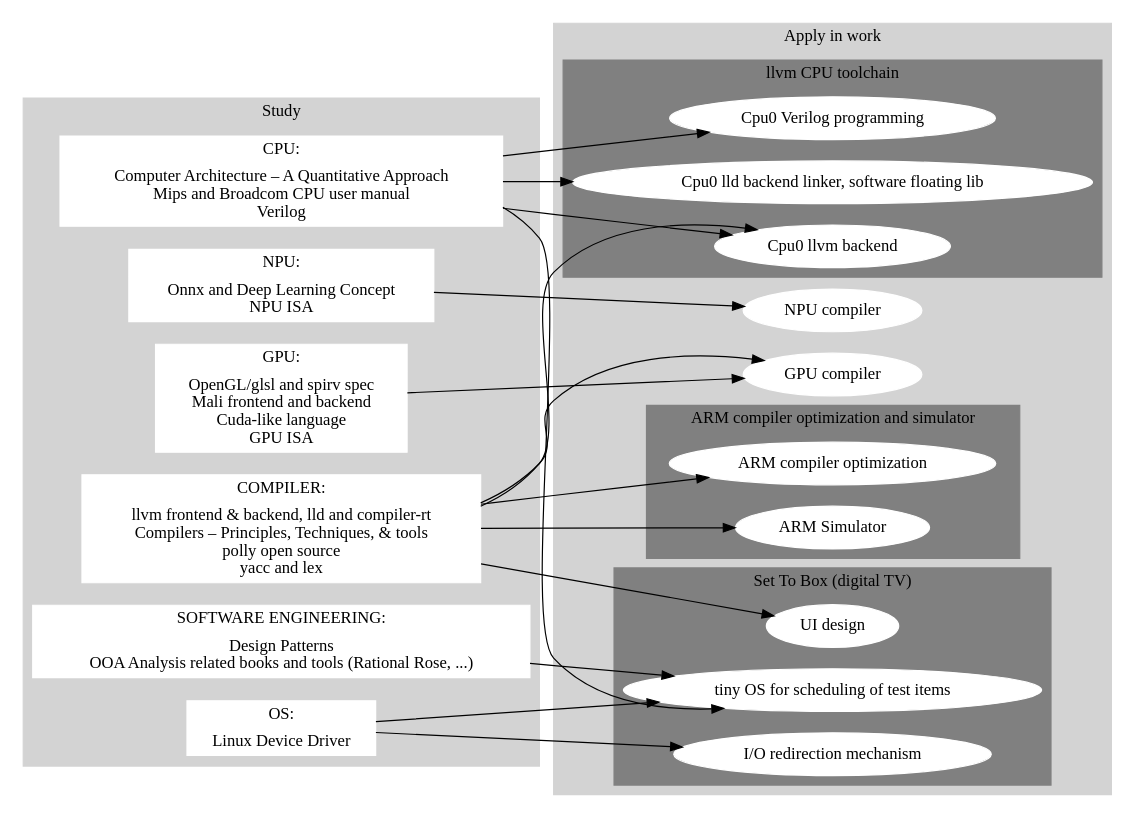
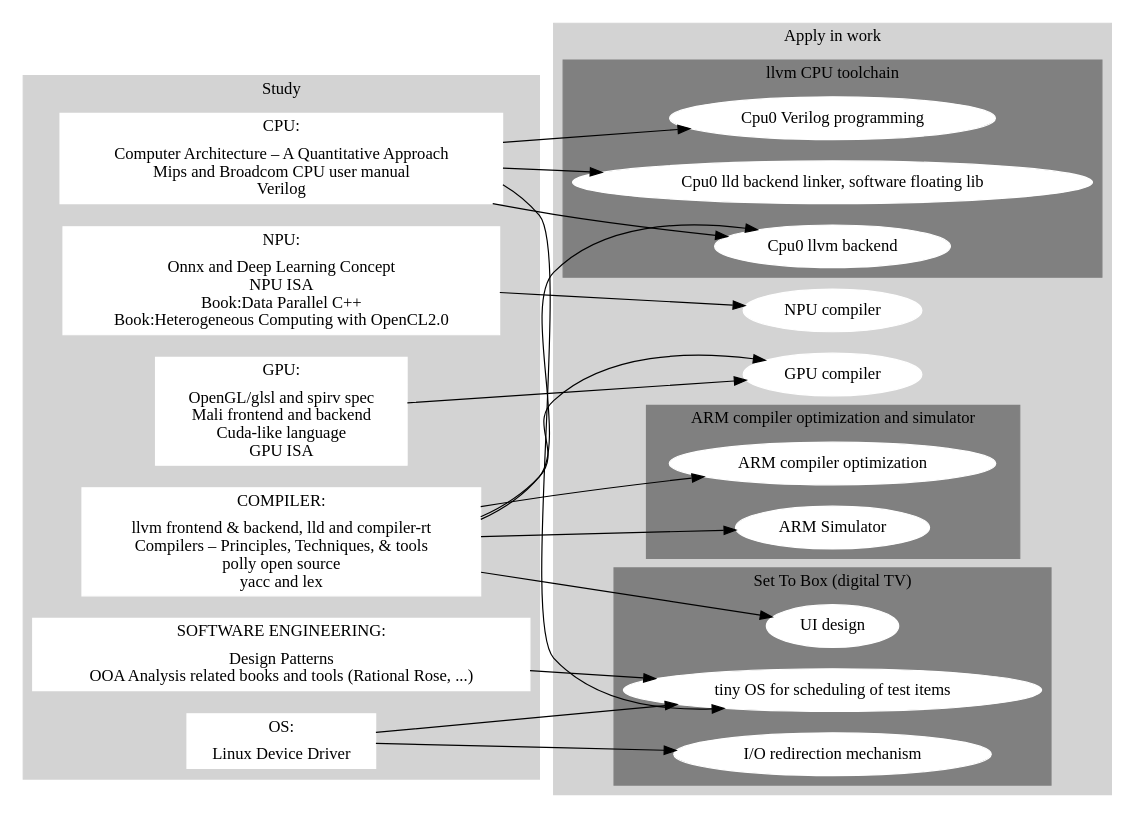
One commit to Jonathan2251/ws changed the diagram in images/study_and_apply.gv. Above: the diagram before and after it, drawn with Graphviz. The commit also changed 1 other file, not shown here.

Commit message:
study_and_apply.gv: Book:Data Parallel C++ and Book:Heterogeneous Computing with OpenCL2.0

```diff
--- a/images/study_and_apply.gv
+++ b/images/study_and_apply.gv
@@ -1,62 +1,62 @@
 // Free usage license, author: Chung-Shu Chen 陳鍾樞
 
 digraph G {
 
   rankdir=LR;
   subgraph cluster_0 {
     style=filled;
     label = "Study";
     node [shape=record,style=filled,color=white]; CPU [label="CPU:|Computer Architecture – A Quantitative Approach\nMips and Broadcom CPU user manual\nVerilog"];
     node [shape=record,style=filled,color=white]; GPU [label="GPU:|OpenGL/glsl and spirv spec\nMali frontend and backend\nCuda-like language\nGPU ISA"];
-    node [shape=record,style=filled,color=white]; NPU [label="NPU:|Onnx and Deep Learning Concept\nNPU ISA"];
+    node [shape=record,style=filled,color=white]; NPU [label="NPU:|Onnx and Deep Learning Concept\nNPU ISA\nBook:Data Parallel C++\nBook:Heterogeneous Computing with OpenCL2.0"];
     node [style=filled,color=white]; COMPILER [label="COMPILER:|llvm frontend & backend, lld and compiler-rt\nCompilers – Principles, Techniques, & tools\npolly open source\nyacc and lex"];
     node [style=filled,color=white]; OS [label="OS:|Linux Device Driver"]; 
     node [style=filled,color=white]; "SOFTWARE ENGINEERING" [label="SOFTWARE ENGINEERING:|Design Patterns\nOOA Analysis related books and tools (Rational Rose, ...)"]; 
     color=lightgrey;
   }
   subgraph cluster_1 {
     style=filled;
     color=lightgrey;
     label = "Apply in work";
     subgraph cluster_1_1 {
       color=gray;
       label = "llvm CPU toolchain";
       node [style=filled,color=white]; backend [label="Cpu0 llvm backend"];
       node [style=filled,color=white]; linker [label="Cpu0 lld backend linker, software floating lib"];
       node [style=filled,color=white]; verilog [label="Cpu0 Verilog programming"];
     }
     subgraph cluster_1_2 {
       color=gray;
       label = "ARM compiler optimization and simulator";
       node [style=filled,color=white]; armopt [label="ARM compiler optimization"];
       node [style=filled,color=white]; armsim [label="ARM Simulator"];
     }
     node [style=filled,color=white]; gpucompiler [label="GPU compiler"];
     node [style=filled,color=white]; npucompiler [label="NPU compiler"];
     subgraph cluster_1_3 {
       color=gray;
       label = "Set To Box (digital TV)";
       //node [style=filled,color=white]; codewarrior [label="Find the bug of Code Warrior's compiler"];
       node [style=filled,color=white]; tinyos [label="tiny OS for scheduling of test items"];
       node [style=filled,color=white]; ui [label="UI design"];
       node [style=filled,color=white]; io [label="I/O redirection mechanism"];
     }
   }
   CPU -> verilog;
   //CPU -> codewarrior;
   CPU -> tinyos;
   CPU -> backend;
   CPU -> linker;
   GPU -> gpucompiler;
   NPU -> npucompiler;
   COMPILER -> backend;
   COMPILER -> gpucompiler;
   COMPILER -> armopt;
   COMPILER -> armsim;
   //COMPILER -> codewarrior;
   COMPILER -> ui;
   OS -> tinyos;
   OS -> io;
   "SOFTWARE ENGINEERING" -> tinyos;
 
 }
```
